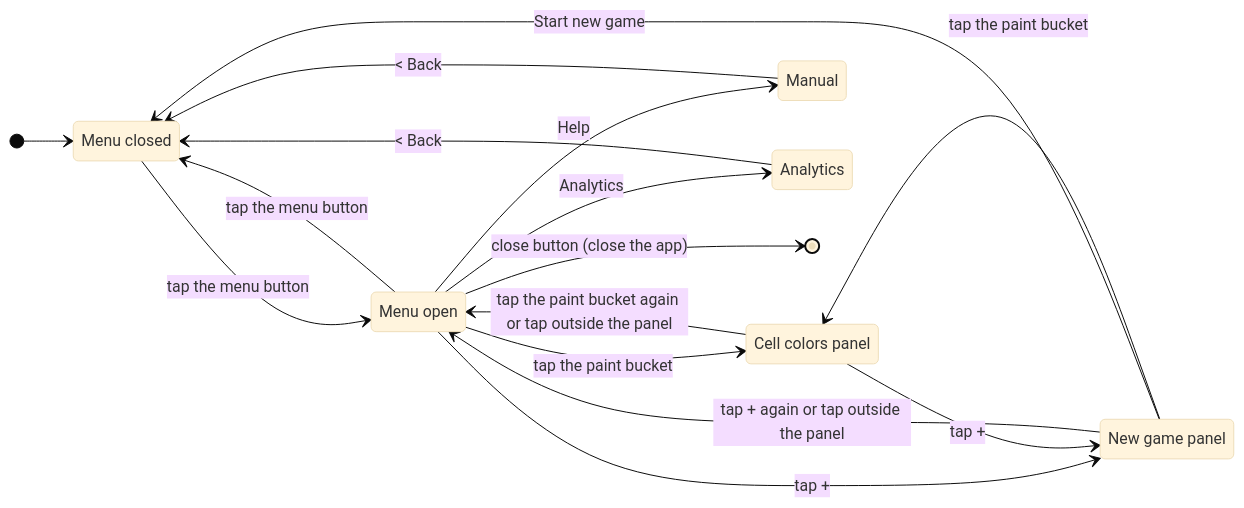
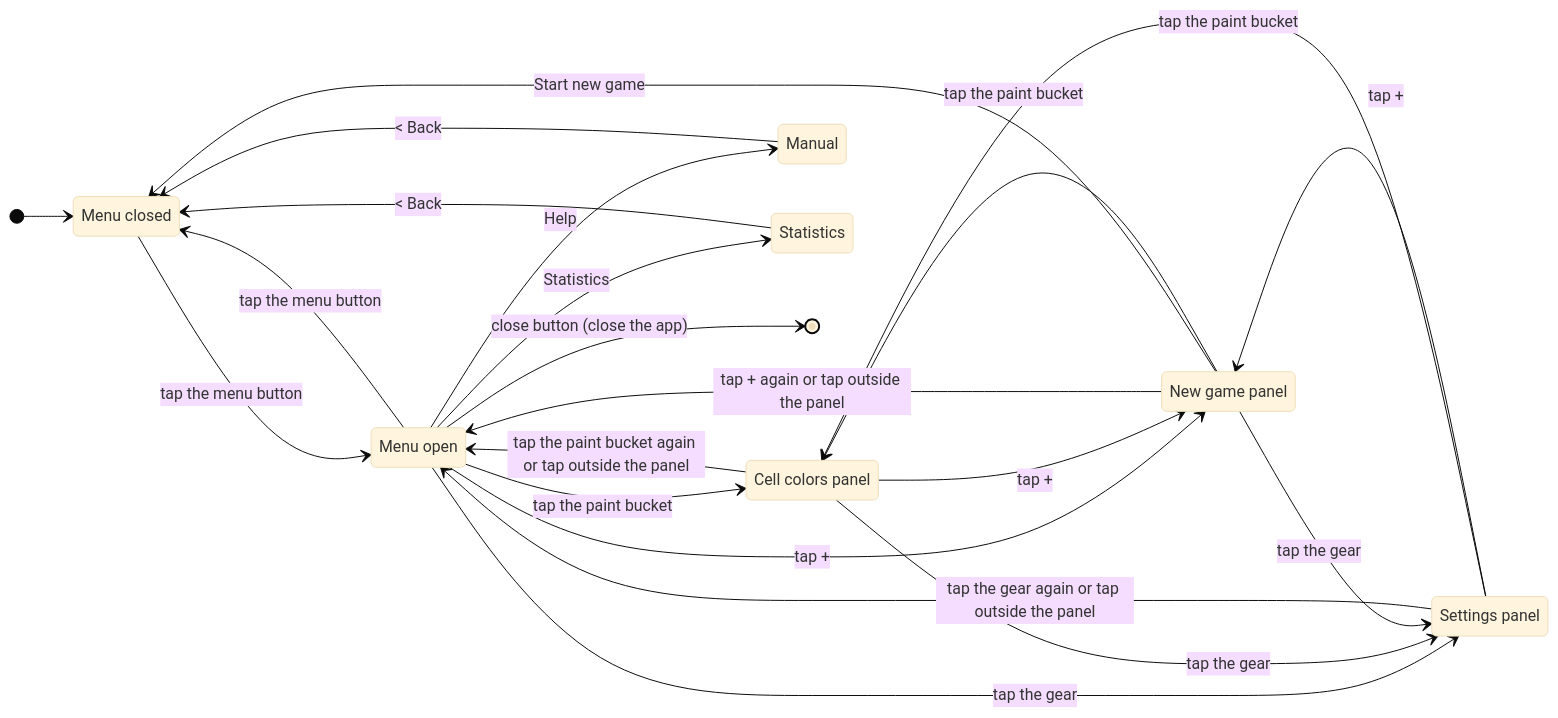
Before and after one commit to garbles/sudoku: the ninth of 13 diagrams in REQUIREMENTS.md, drawn with Mermaid (base theme). The commit also changed other lines of this file and 64 other files, not shown here.

````diff
--- a/REQUIREMENTS.md
+++ b/REQUIREMENTS.md
@@ -447,25 +457,32 @@
 ```mermaid
 stateDiagram-v2
     direction LR
     state "Menu closed" as Closed
     state "Menu open" as Open
     state "Cell colors panel" as Colors
+    state "Settings panel" as SettingsP
     state "New game panel" as NewGame
     [*] --> Closed
     Closed --> Open: tap the menu button
     Open --> Closed: tap the menu button
     Open --> Colors: tap the paint bucket
     Colors --> Open: tap the paint bucket again or tap outside the panel
     Open --> NewGame: tap +
     NewGame --> Open: tap + again or tap outside the panel
     NewGame --> Closed: Start new game
     Colors --> NewGame: tap +
     NewGame --> Colors: tap the paint bucket
+    Open --> SettingsP: tap the gear
+    SettingsP --> Open: tap the gear again or tap outside the panel
+    SettingsP --> Colors: tap the paint bucket
+    SettingsP --> NewGame: tap +
+    Colors --> SettingsP: tap the gear
+    NewGame --> SettingsP: tap the gear
     Open --> Manual: Help
-    Open --> Analytics: Analytics
+    Open --> Statistics: Statistics
     Open --> [*]: close button (close the app)
     state "Manual" as Manual
-    state "Analytics" as Analytics
+    state "Statistics" as Statistics
     Manual --> Closed: < Back
-    Analytics --> Closed: < Back
+    Statistics --> Closed: < Back
 ```
````
